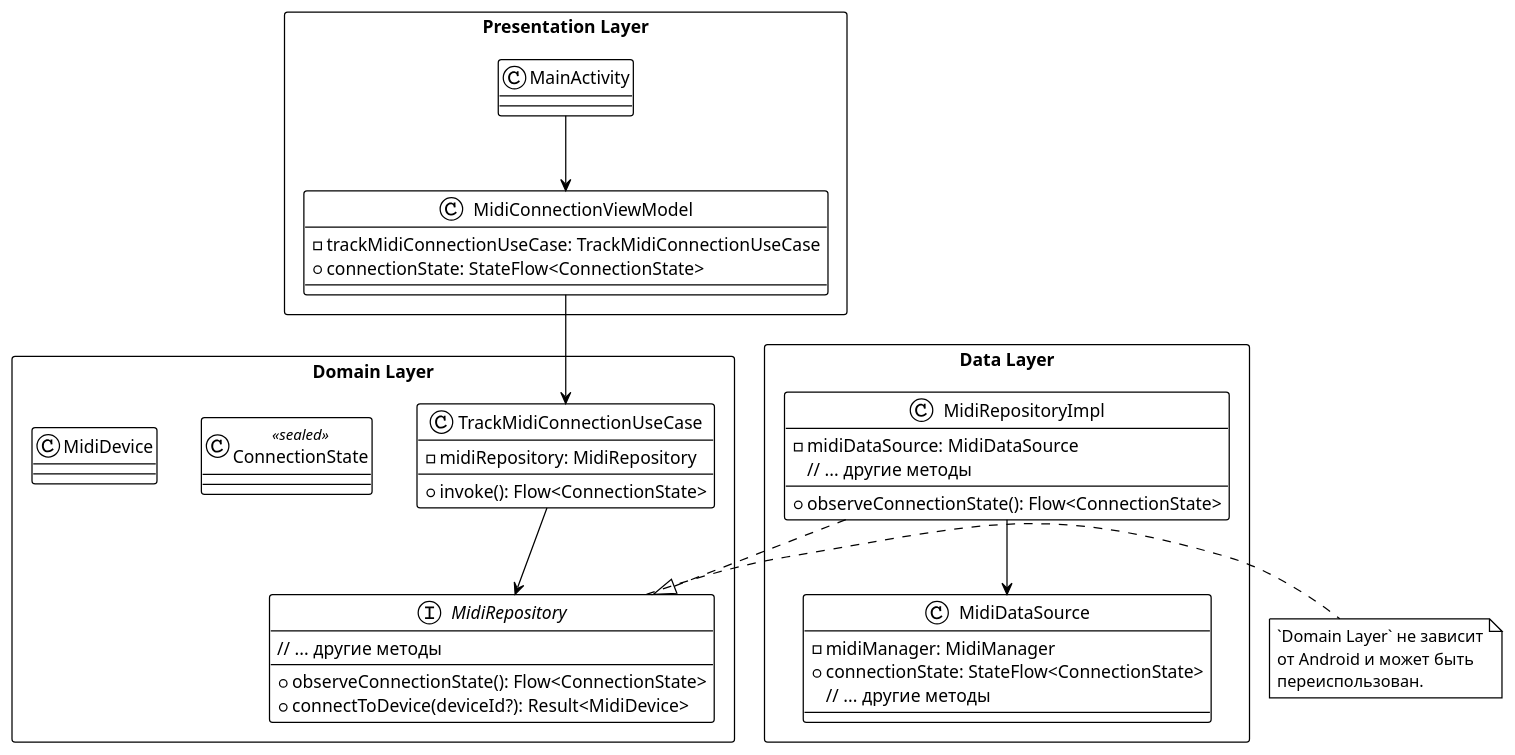
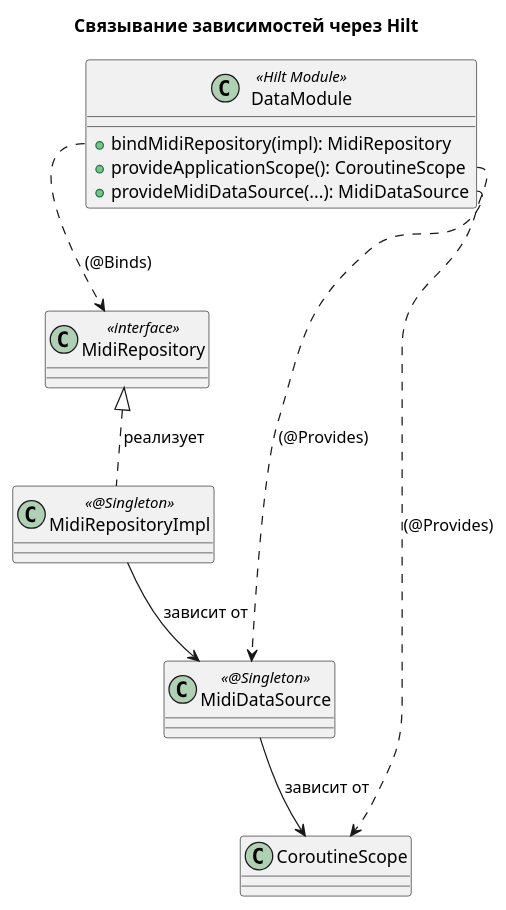
Before and after one commit to astrizhachuk/PianoFlow: the second of 3 diagrams in docs/ts/MIDI_CONNECTION.md, drawn with PlantUML. The commit also changed other lines of this file and 1 other file, not shown here.

Commit message:
docs: обновить и детализировать документ об отслеживании MIDI-подключений

````diff
--- a/docs/ts/MIDI_CONNECTION.md
+++ b/docs/ts/MIDI_CONNECTION.md
@@ -50,54 +137,25 @@
 ```plantuml
 @startuml
-!theme plain
-skinparam packageStyle rectangle
+title Связывание зависимостей через Hilt
 
-package "Presentation Layer" {
-    class MainActivity
-    class MidiConnectionViewModel {
-        - trackMidiConnectionUseCase: TrackMidiConnectionUseCase
-        + connectionState: StateFlow<ConnectionState>
-    }
+class MidiRepository <<interface>>
+class MidiRepositoryImpl <<@Singleton>>
+class MidiDataSource <<@Singleton>>
+class CoroutineScope
+
+class DataModule <<Hilt Module>> {
+  +bindMidiRepository(impl): MidiRepository
+  +provideApplicationScope(): CoroutineScope
+  +provideMidiDataSource(...): MidiDataSource
 }
 
-package "Domain Layer" {
-    class TrackMidiConnectionUseCase {
-        - midiRepository: MidiRepository
-        + invoke(): Flow<ConnectionState>
-    }
-    interface MidiRepository {
-        + observeConnectionState(): Flow<ConnectionState>
-        + connectToDevice(deviceId?): Result<MidiDevice>
-        // ... другие методы
-    }
-    class ConnectionState <<sealed>>
-    class MidiDevice
-}
+MidiRepositoryImpl .up.|> MidiRepository : реализует
+MidiRepositoryImpl --> MidiDataSource : зависит от
+MidiDataSource --> CoroutineScope : зависит от
 
-package "Data Layer" {
-    class MidiRepositoryImpl {
-        - midiDataSource: MidiDataSource
-        + observeConnectionState(): Flow<ConnectionState>
-        // ... другие методы
-    }
-    class MidiDataSource {
-        - midiManager: MidiManager
-        + connectionState: StateFlow<ConnectionState>
-        // ... другие методы
-    }
-}
-
-MainActivity --> MidiConnectionViewModel
-MidiConnectionViewModel --> TrackMidiConnectionUseCase
-TrackMidiConnectionUseCase --> MidiRepository
-MidiRepositoryImpl ..|> MidiRepository
-MidiRepositoryImpl --> MidiDataSource
-
-note right of MidiRepository
-  `Domain Layer` не зависит
-  от Android и может быть
-  переиспользован.
-end note
+DataModule::bindMidiRepository ..> MidiRepository : "(@Binds)"
+DataModule::provideMidiDataSource ..> MidiDataSource : "(@Provides)"
+DataModule::provideApplicationScope ..> CoroutineScope : "(@Provides)"
 
 @enduml
 ```
````
